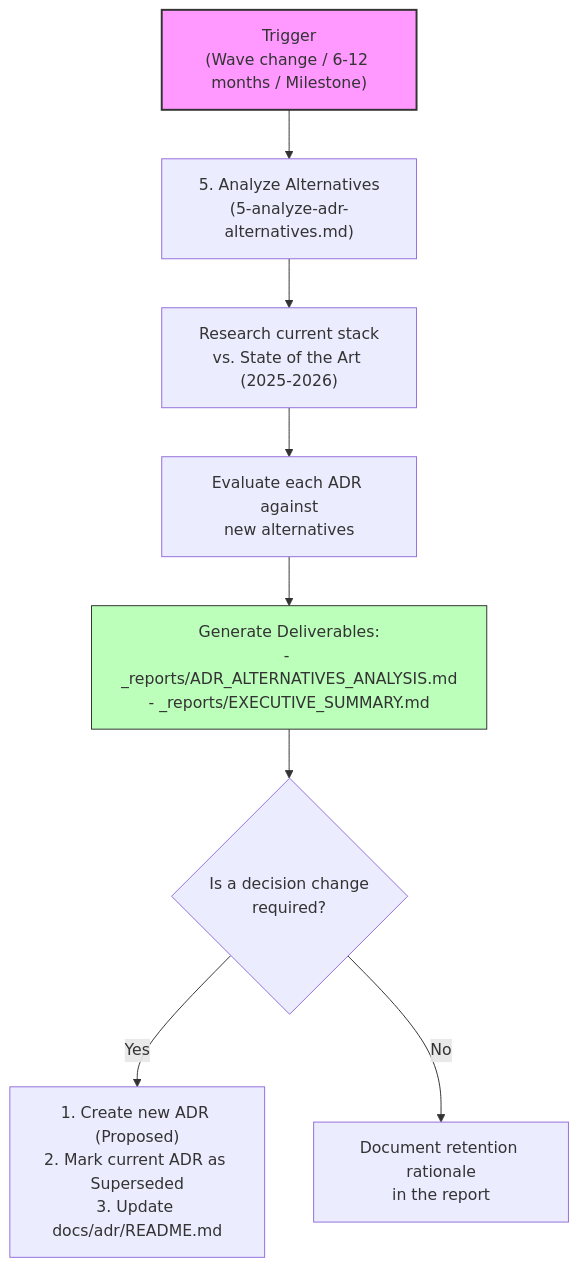
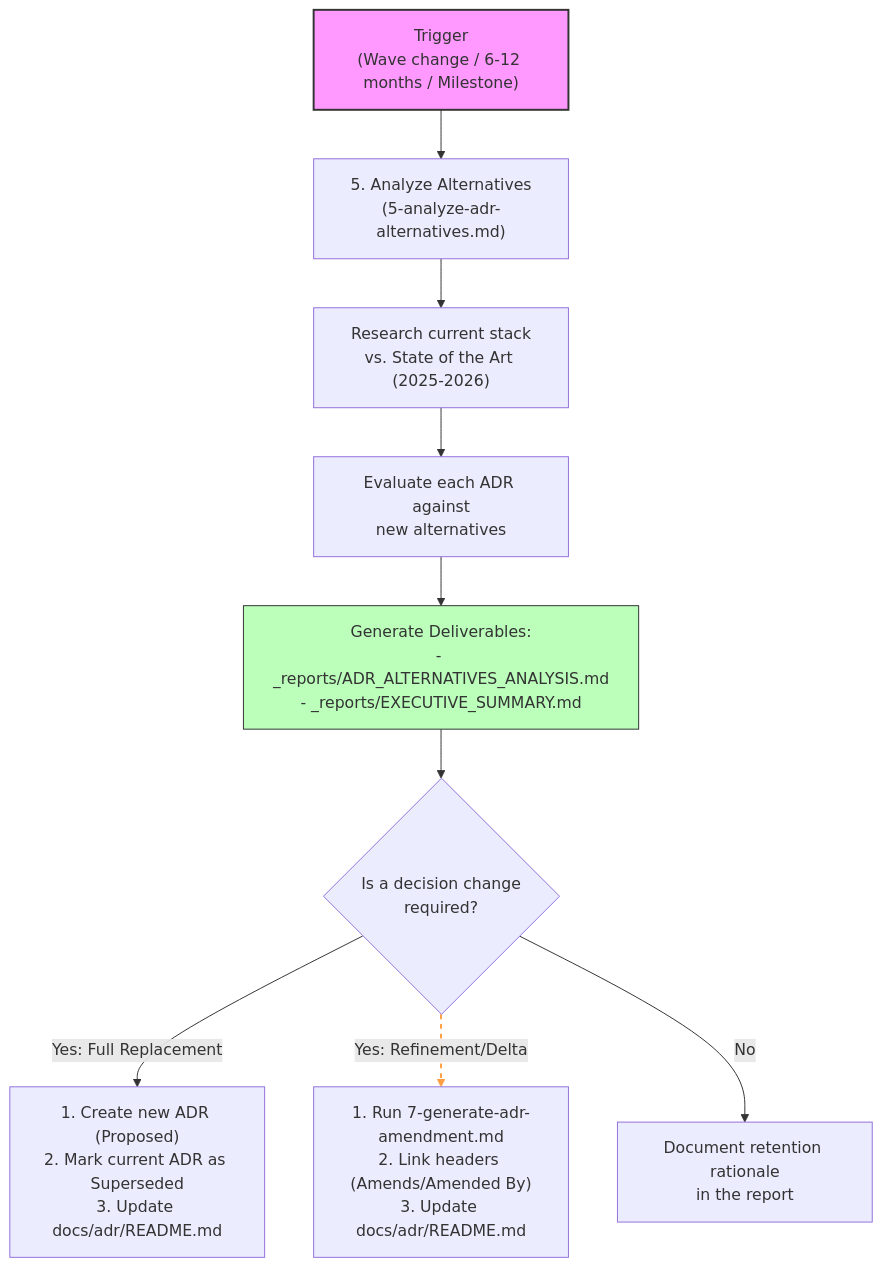
The third of 3 diagrams in docs/commands/adr/README.md (faparicior/SessioFlow), drawn with Mermaid before and after one commit. The commit also changed other lines of this file and 2 other files, not shown here.

Commit message:
feat: introduce amendment workflow for architectural decisions including new documentation, templates, and command guides

````diff
--- a/docs/commands/adr/README.md
+++ b/docs/commands/adr/README.md
@@ -83,16 +97,19 @@
 ```mermaid
 flowchart TD
     Trigger["Trigger\n(Wave change / 6-12 months / Milestone)"] --> CMD5["5. Analyze Alternatives\n(5-analyze-adr-alternatives.md)"]
     CMD5 --> Research["Research current stack\nvs. State of the Art (2025-2026)"]
     Research --> Evaluate["Evaluate each ADR against\nnew alternatives"]
     
     Evaluate --> Reps["Generate Deliverables:\n- _reports/ADR_ALTERNATIVES_ANALYSIS.md\n- _reports/EXECUTIVE_SUMMARY.md"]
     
     Reps --> Decision{"Is a decision change\nrequired?"}
     
-    Decision -->|Yes| Change["1. Create new ADR (Proposed)\n2. Mark current ADR as Superseded\n3. Update docs/adr/README.md"]
+    Decision -->|Yes: Full Replacement| Replace["1. Create new ADR (Proposed)\n2. Mark current ADR as Superseded\n3. Update docs/adr/README.md"]
+    Decision -->|Yes: Refinement/Delta| Amend["1. Run 7-generate-adr-amendment.md\n2. Link headers (Amends/Amended By)\n3. Update docs/adr/README.md"]
     Decision -->|No| Keep["Document retention rationale\nin the report"]
 
     style Trigger fill:#f9f,stroke:#333,stroke-width:2px
     style Reps fill:#bfb,stroke:#333,stroke-width:1px
+
+    linkStyle 6 stroke:#ff9f43,stroke-width:2px,stroke-dasharray: 5 5;
 ```
````
